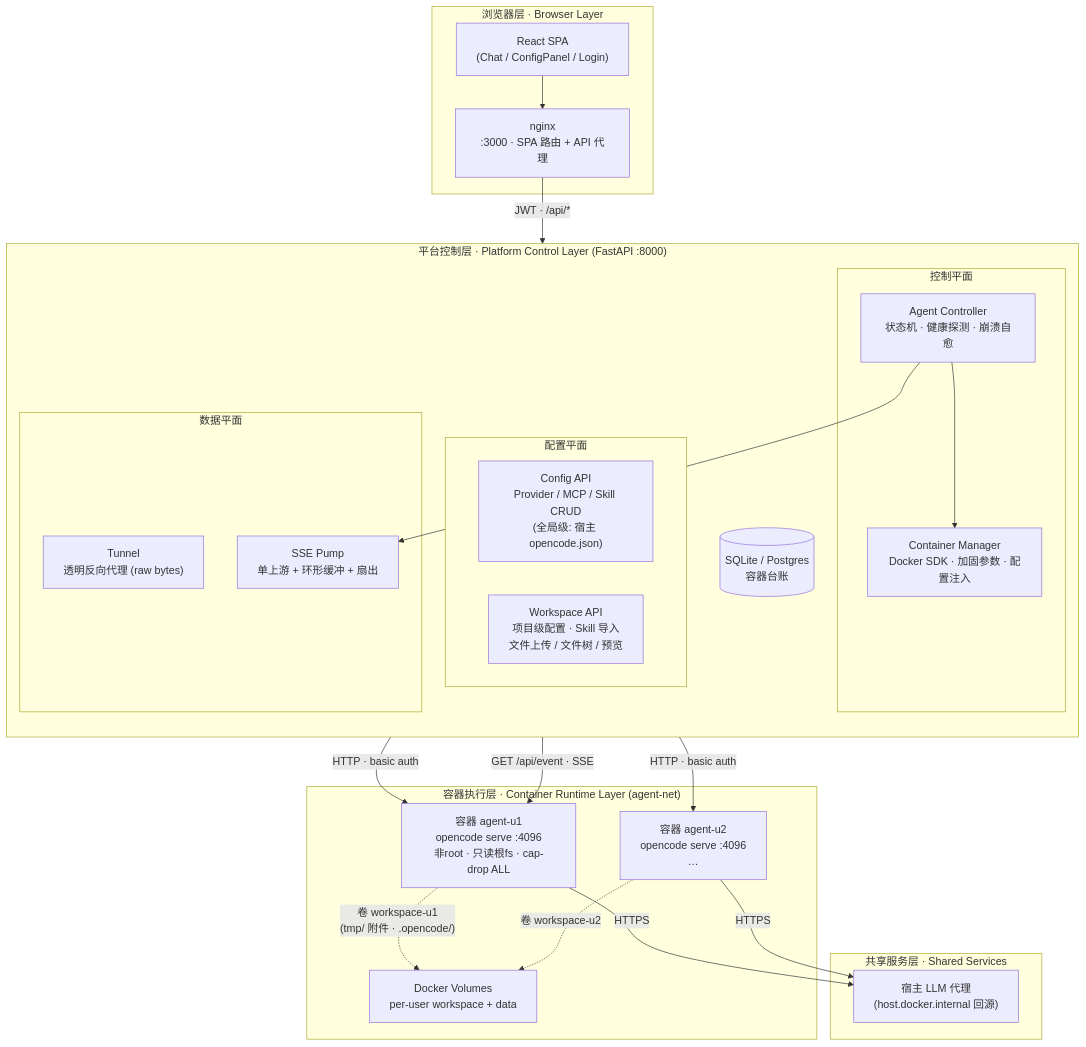
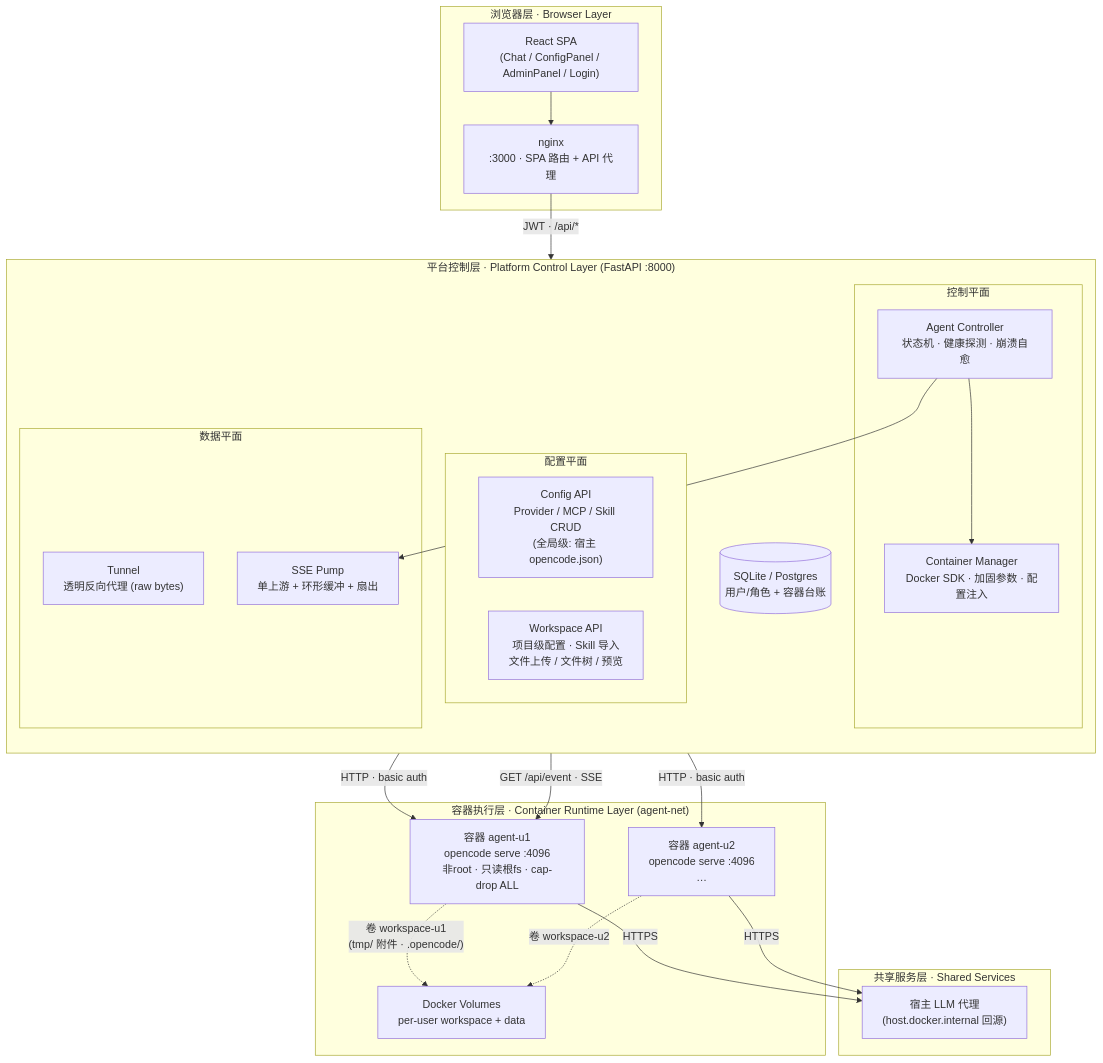
Before and after one commit to Caeser-Zhang/agent-docker-platform: the first of 2 diagrams in README.md, drawn with Mermaid. The commit also changed other lines of this file and 24 other files, not shown here.

First line of the commit message:
Add admin Docker management panel and switch platform database to PostgreSQL

````diff
--- a/README.md
+++ b/README.md
@@ -24,46 +24,46 @@
 ```mermaid
 flowchart TB
     subgraph Browser["浏览器层 · Browser Layer"]
-        SPA["React SPA<br/>(Chat / ConfigPanel / Login)"]
+        SPA["React SPA<br/>(Chat / ConfigPanel / AdminPanel / Login)"]
         NGINX["nginx<br/>:3000 · SPA 路由 + API 代理"]
         SPA --> NGINX
     end
 
     subgraph Platform["平台控制层 · Platform Control Layer (FastAPI :8000)"]
         direction TB
         subgraph Control["控制平面"]
             AC["Agent Controller<br/>状态机 · 健康探测 · 崩溃自愈"]
             CM["Container Manager<br/>Docker SDK · 加固参数 · 配置注入"]
         end
         subgraph ConfigPlane["配置平面"]
             CFG["Config API<br/>Provider / MCP / Skill CRUD<br/>(全局级: 宿主 opencode.json)"]
             WS["Workspace API<br/>项目级配置 · Skill 导入<br/>文件上传 / 文件树 / 预览"]
         end
         subgraph DataPlane["数据平面"]
             TUNNEL["Tunnel<br/>透明反向代理 (raw bytes)"]
             PUMP["SSE Pump<br/>单上游 + 环形缓冲 + 扇出"]
         end
-        DB[("SQLite / Postgres<br/>容器台账")]
+        DB[("SQLite / Postgres<br/>用户/角色 + 容器台账")]
         AC --> CM
         AC --> PUMP
     end
 
     subgraph Runtime["容器执行层 · Container Runtime Layer (agent-net)"]
         C1["容器 agent-u1<br/>opencode serve :4096<br/>非root · 只读根fs · cap-drop ALL"]
         C2["容器 agent-u2<br/>opencode serve :4096<br/>…"]
         C1 -. "卷 workspace-u1<br/>(tmp/ 附件 · .opencode/)" .-> CN
         C2 -. "卷 workspace-u2" .-> CN
         CN["Docker Volumes<br/>per-user workspace + data"]
     end
 
     subgraph Shared["共享服务层 · Shared Services"]
         LLM["宿主 LLM 代理<br/>(host.docker.internal 回源)"]
     end
 
     NGINX -->|"JWT · /api/*"| Platform
     TUNNEL -->|HTTP · basic auth| C1
     TUNNEL -->|HTTP · basic auth| C2
     PUMP -->|GET /api/event · SSE| C1
     C1 -->|HTTPS| LLM
     C2 -->|HTTPS| LLM
 ```
````
